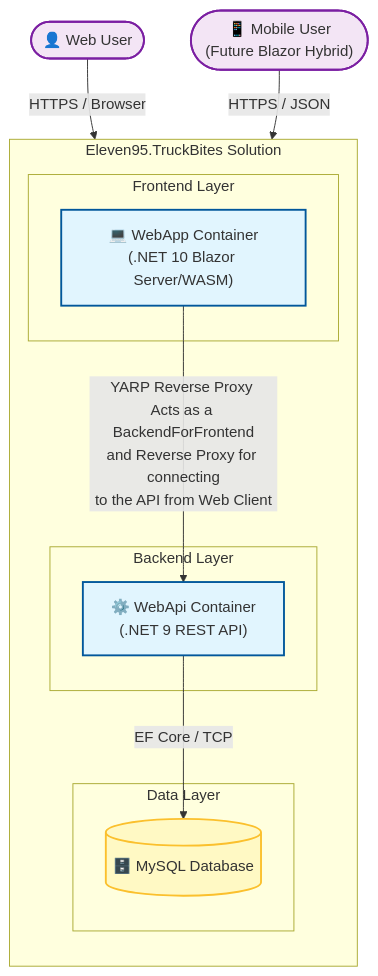
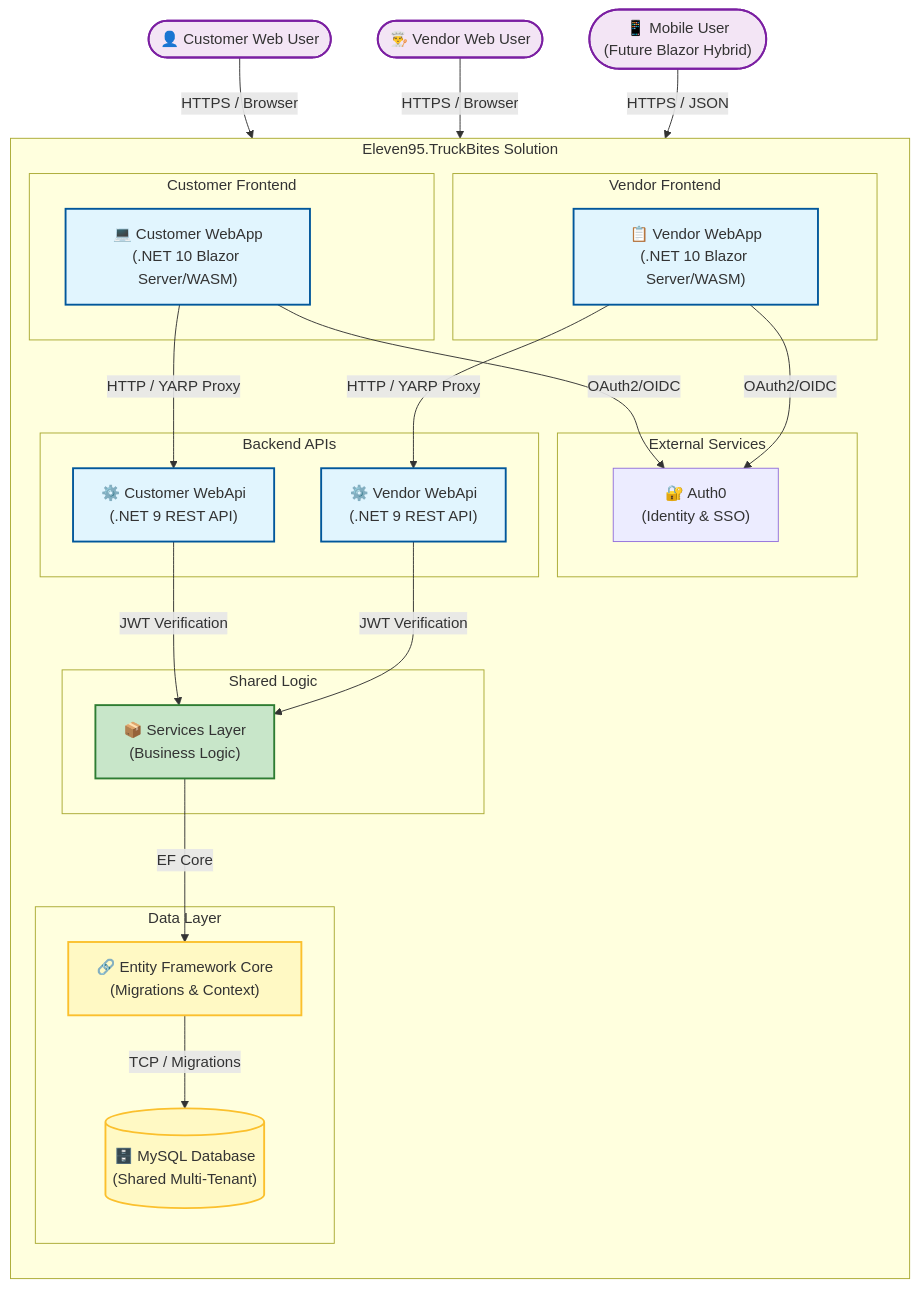
The diagram in README.md (charlesloubao/truckbites), drawn with Mermaid before and after one commit. The commit also changed other lines of this file and 24 other files, not shown here.

````diff
--- a/README.md
+++ b/README.md
@@ -20,45 +35,70 @@
 ```mermaid
 graph TD
 %% Actors
-    UserWeb([👤 Web User])
+    UserCustomer([👤 Customer Web User])
+UserVendor([👨‍🍳 Vendor Web User])
 UserMobile(["📱 Mobile User<br>(Future Blazor Hybrid)"])
 
 %% Subgraph for the Solution
 subgraph "Eleven95.TruckBites Solution"
 direction TB
 
-%% Frontend
-subgraph "Frontend Layer"
-WebApp["💻 WebApp Container<br>(.NET 10 Blazor Server/WASM)"]
+%% Frontend Layer
+subgraph "Customer Frontend"
+CustomerWebApp["💻 Customer WebApp<br>(.NET 10 Blazor Server/WASM)"]
 end
 
-%% Backend
-subgraph "Backend Layer"
-WebApi["⚙️ WebApi Container<br>(.NET 9 REST API)"]
+subgraph "Vendor Frontend"
+VendorWebApp["📋 Vendor WebApp<br>(.NET 10 Blazor Server/WASM)"]
+end
+
+%% Backend Layer
+subgraph "Backend APIs"
+CustomerApi["⚙️ Customer WebApi<br>(.NET 9 REST API)"]
+VendorApi["⚙️ Vendor WebApi<br>(.NET 9 REST API)"]
+end
+
+%% External Auth
+subgraph "External Services"
+Auth0["🔐 Auth0<br>(Identity & SSO)"]
 end
 
 %% Data
 subgraph "Data Layer"
-DB[("🗄️ MySQL Database")]
+DB[("🗄️ MySQL Database<br>(Shared Multi-Tenant)")]
+EF["🔗 Entity Framework Core<br>(Migrations & Context)"]
+end
+
+%% Business Logic
+subgraph "Shared Logic"
+Services["📦 Services Layer<br>(Business Logic)"]
 end
 end
 
 %% Relationships
-UserWeb -->|HTTPS / Browser| WebApp
-UserMobile -->|HTTPS / JSON| WebApi
+UserCustomer -->|HTTPS / Browser| CustomerWebApp
+UserVendor -->|HTTPS / Browser| VendorWebApp
+UserMobile -->|HTTPS / JSON| CustomerApi
 
-WebApp -->|YARP Reverse Proxy 
-Acts as a BackendForFrontend
-and Reverse Proxy for connecting
-to the API from Web Client| WebApi
-WebApi -->|EF Core / TCP| DB
+CustomerWebApp -->|HTTP / YARP Proxy| CustomerApi
+VendorWebApp -->|HTTP / YARP Proxy| VendorApi
+
+CustomerWebApp -->|OAuth2/OIDC| Auth0
+VendorWebApp -->|OAuth2/OIDC| Auth0
+
+CustomerApi -->|JWT Verification| Services
+VendorApi -->|JWT Verification| Services
+Services -->|EF Core| EF
+EF -->|TCP / Migrations| DB
 
 %% Styling
 classDef container fill:#e1f5fe,stroke:#01579b,stroke-width:2px;
 classDef db fill:#fff9c4,stroke:#fbc02d,stroke-width:2px;
 classDef actor fill:#f3e5f5,stroke:#7b1fa2,stroke-width:2px;
+classDef service fill:#c8e6c9,stroke:#2e7d32,stroke-width:2px;
 
-class WebApp,WebApi container;
-class DB db;
-class UserWeb,UserMobile actor;
+class CustomerWebApp,VendorWebApp,CustomerApi,VendorApi container;
+class DB,EF db;
+class UserCustomer,UserVendor,UserMobile actor;
+class Services service;
 ```
````
